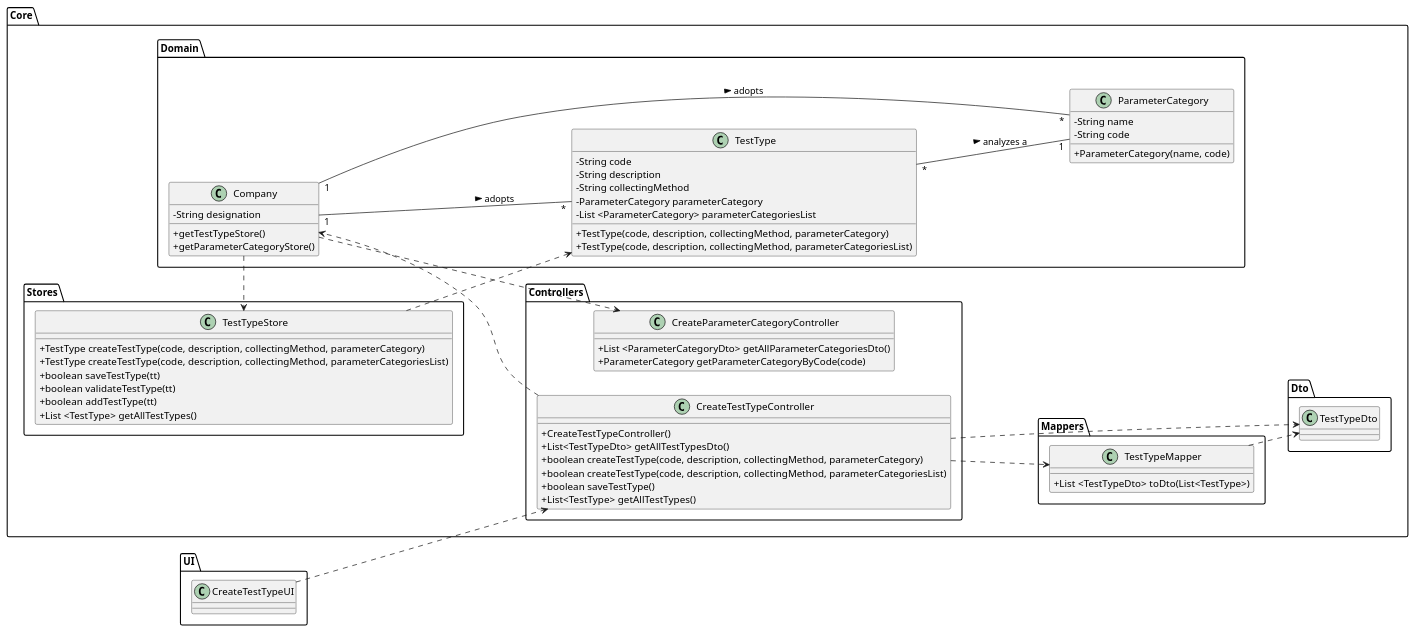
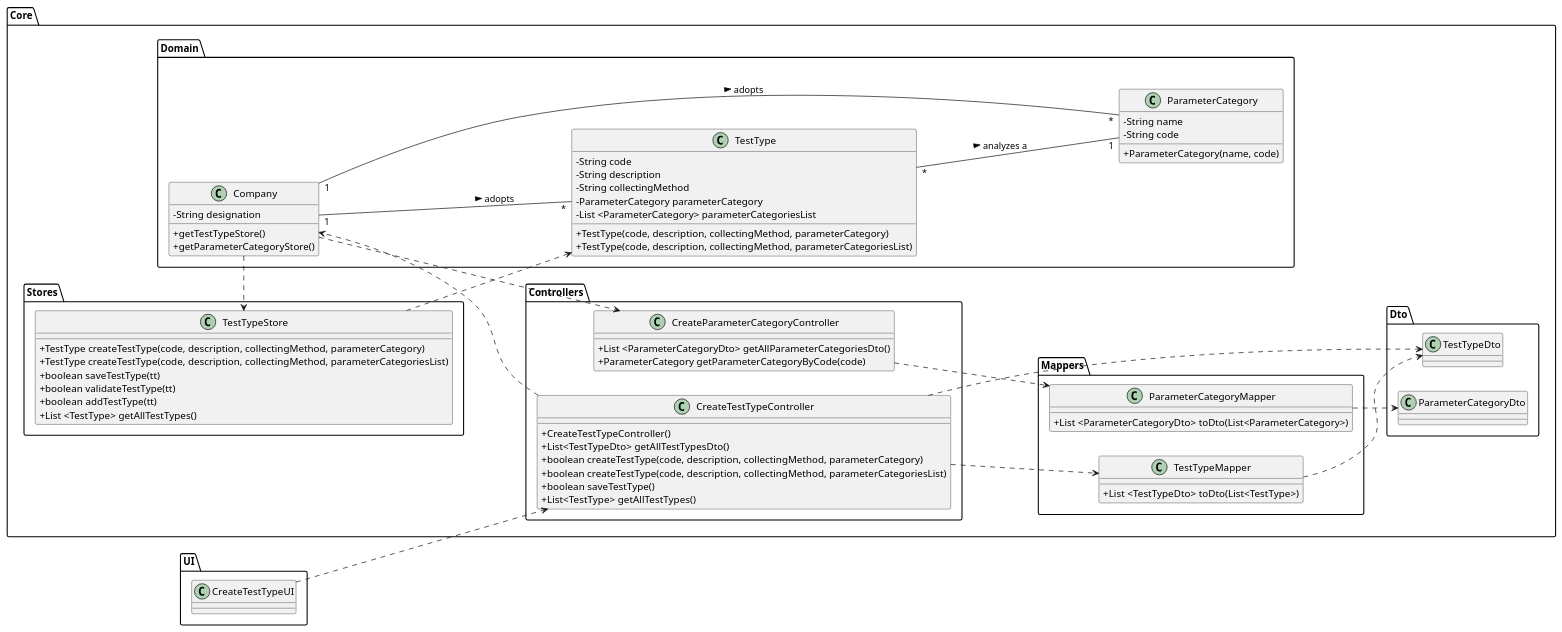
The diagram in docs/SprintC/US09/US09-CD.puml (0franciscor/lei-21-s2-1de-g19), drawn with PlantUML before and after one commit. The commit also changed 12 other files, not shown here.

Commit message:
[US09] - Alterações dos diagramas SD, CD e implementação.

```diff
--- a/docs/SprintC/US09/US09-CD.puml
+++ b/docs/SprintC/US09/US09-CD.puml
@@ -1,95 +1,107 @@
 @startuml
 skinparam classAttributeIconSize 0
 left to right direction
 
 package Core{
 
 package Domain{
 class "Company" as C {
 -String designation
 +getTestTypeStore()
 +getParameterCategoryStore()
 }
 
 class "ParameterCategory" as PC{
 -String name
 -String code
 +ParameterCategory(name, code)
 }
 
 class "TestType" as TT {
 -String code
 -String description
 -String collectingMethod
 -ParameterCategory parameterCategory
 -List <ParameterCategory> parameterCategoriesList
 +TestType(code, description, collectingMethod, parameterCategory)
 +TestType(code, description, collectingMethod, parameterCategoriesList)
 }
 
 }
 
 
 
 package Stores{
 class "TestTypeStore" as TTS{
 +TestType createTestType(code, description, collectingMethod, parameterCategory)
 +TestType createTestType(code, description, collectingMethod, parameterCategoriesList)
 +boolean saveTestType(tt)
 +boolean validateTestType(tt)
 +boolean addTestType(tt)
 +List <TestType> getAllTestTypes()
 }
 }
 
 
 
 package Controllers{
 class "CreateTestTypeController" as CTTC {
 +CreateTestTypeController()
 +List<TestTypeDto> getAllTestTypesDto()
 +boolean createTestType(code, description, collectingMethod, parameterCategory)
 +boolean createTestType(code, description, collectingMethod, parameterCategoriesList)
 +boolean saveTestType()
 +List<TestType> getAllTestTypes()
 }
 
 
 
-class "CreateParameterCategoryController" as PCS{
+class "CreateParameterCategoryController" as CPCS{
 +List <ParameterCategoryDto> getAllParameterCategoriesDto()
 +ParameterCategory getParameterCategoryByCode(code)
 }
 
 }
 
 package Mappers{
 class "TestTypeMapper" as ttM{
 +List <TestTypeDto> toDto(List<TestType>)
 }
+
+class "ParameterCategoryMapper" as pcM{
++List <ParameterCategoryDto> toDto(List<ParameterCategory>)
+}
+
 }
 
 
 package Dto{
-class "TestTypeDto" as ttDto
-}
+class "TestTypeDto" as ttDto{
 }
 
+class "ParameterCategoryDto" as pcDto{
+}
+
+}
+
+}
 package UI{
 class "CreateTestTypeUI" as CTTUI
 }
 
 CTTUI ..> CTTC
-C ..> PCS
+C ..> CPCS
 C ..> TTS
 CTTC ..> C
 CTTC ..> ttM
 CTTC ..> ttDto
 TT "*" -- "1" PC : > analyzes a
 TTS ..> TT
 ttM ..> ttDto
+pcM ..> pcDto
+CPCS ..> pcM
 
 C "1" -- "*" TT : > adopts
 C "1" -- "*" PC : > adopts
 
 @enduml
```
